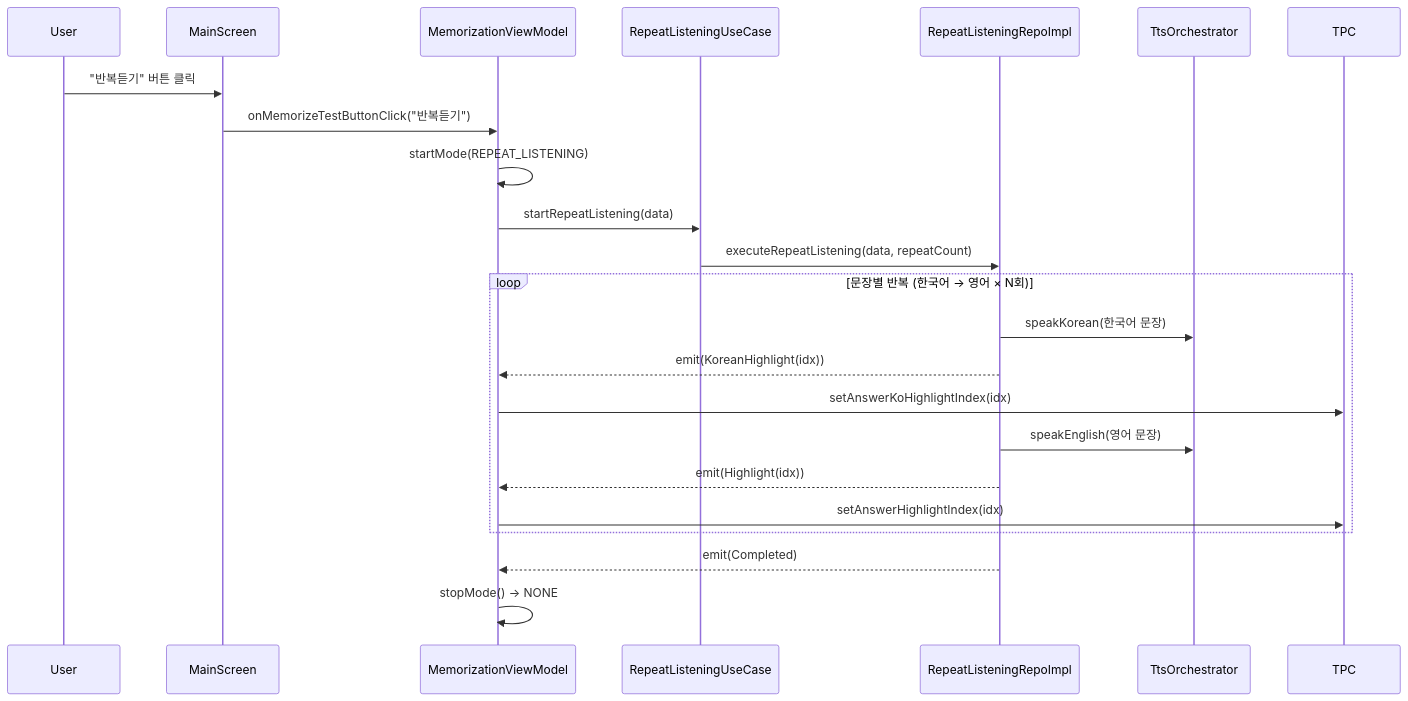
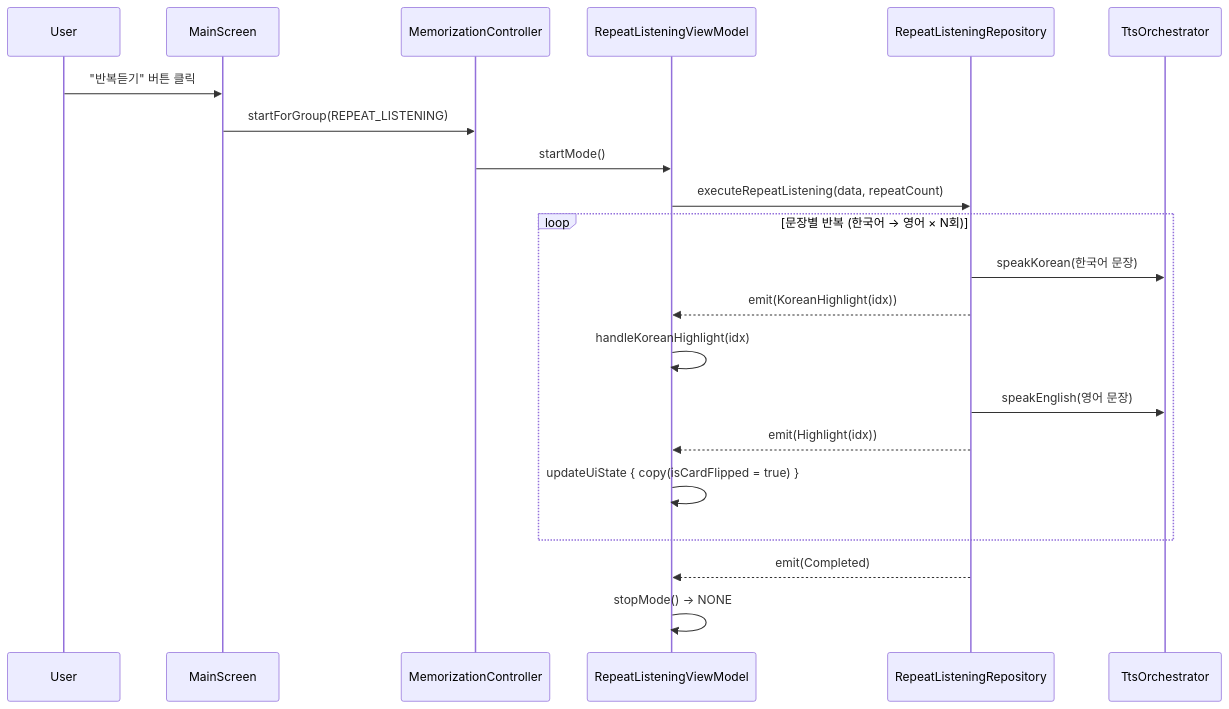
The second of 6 diagrams in .claude/architecture/ARCHITECTURE_PRESENTATION.md (AlgoLovers/OPIcHelper), drawn with Mermaid before and after one commit. The commit also changed other lines of this file and 9 other files, not shown here.

````diff
--- a/.claude/architecture/ARCHITECTURE_PRESENTATION.md
+++ b/.claude/architecture/ARCHITECTURE_PRESENTATION.md
@@ -113,27 +280,26 @@
 ```mermaid
 sequenceDiagram
     participant User
     participant MS as MainScreen
-    participant MVM as MemorizationViewModel
-    participant UC as RepeatListeningUseCase
-    participant Repo as RepeatListeningRepoImpl
+    participant MC as MemorizationController
+    participant RLVM as RepeatListeningViewModel
+    participant Repo as RepeatListeningRepository
     participant TTS as TtsOrchestrator
 
     User->>MS: "반복듣기" 버튼 클릭
-    MS->>MVM: onMemorizeTestButtonClick("반복듣기")
-    MVM->>MVM: startMode(REPEAT_LISTENING)
-    MVM->>UC: startRepeatListening(data)
-    UC->>Repo: executeRepeatListening(data, repeatCount)
+    MS->>MC: startForGroup(REPEAT_LISTENING)
+    MC->>RLVM: startMode()
+    RLVM->>Repo: executeRepeatListening(data, repeatCount)
 
     loop 문장별 반복 (한국어 → 영어 × N회)
         Repo->>TTS: speakKorean(한국어 문장)
-        Repo-->>MVM: emit(KoreanHighlight(idx))
-        MVM->>TPC: setAnswerKoHighlightIndex(idx)
+        Repo-->>RLVM: emit(KoreanHighlight(idx))
+        RLVM->>RLVM: handleKoreanHighlight(idx)
         Repo->>TTS: speakEnglish(영어 문장)
-        Repo-->>MVM: emit(Highlight(idx))
-        MVM->>TPC: setAnswerHighlightIndex(idx)
+        Repo-->>RLVM: emit(Highlight(idx))
+        RLVM->>RLVM: updateUiState { copy(isCardFlipped = true) }
     end
 
-    Repo-->>MVM: emit(Completed)
-    MVM->>MVM: stopMode() → NONE
+    Repo-->>RLVM: emit(Completed)
+    RLVM->>RLVM: stopMode() → NONE
 ```
````
